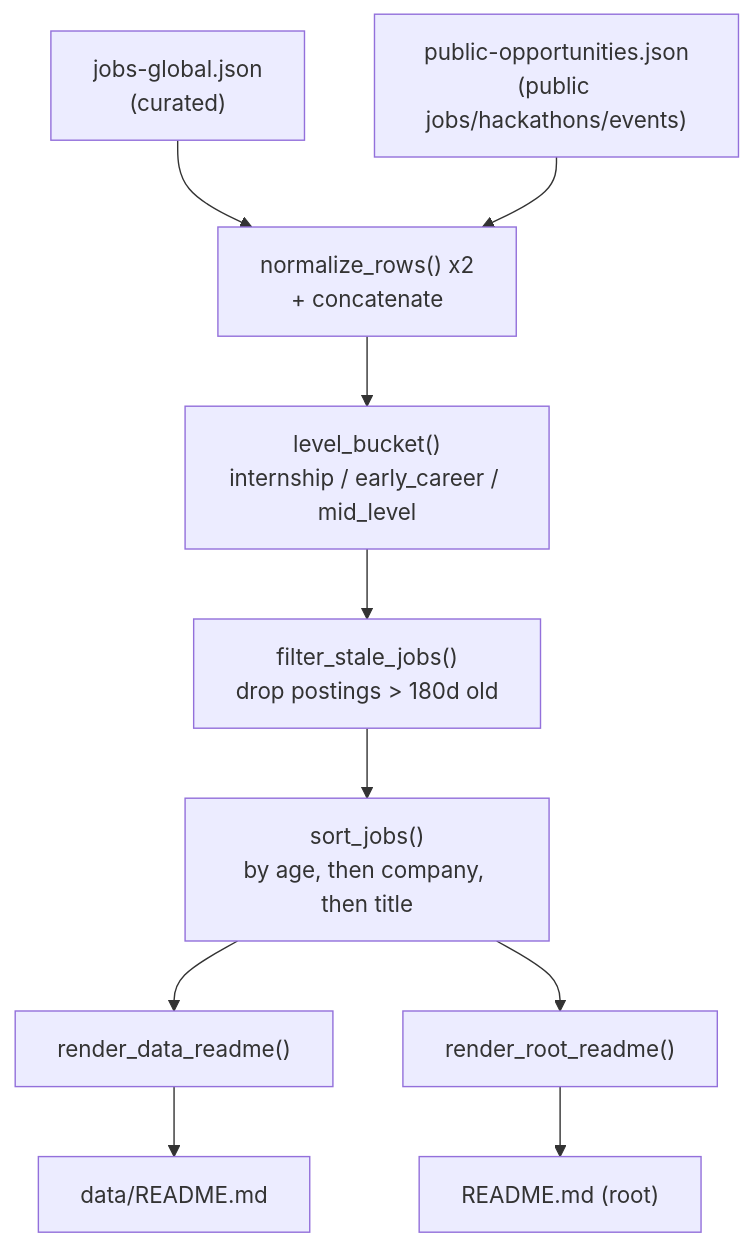
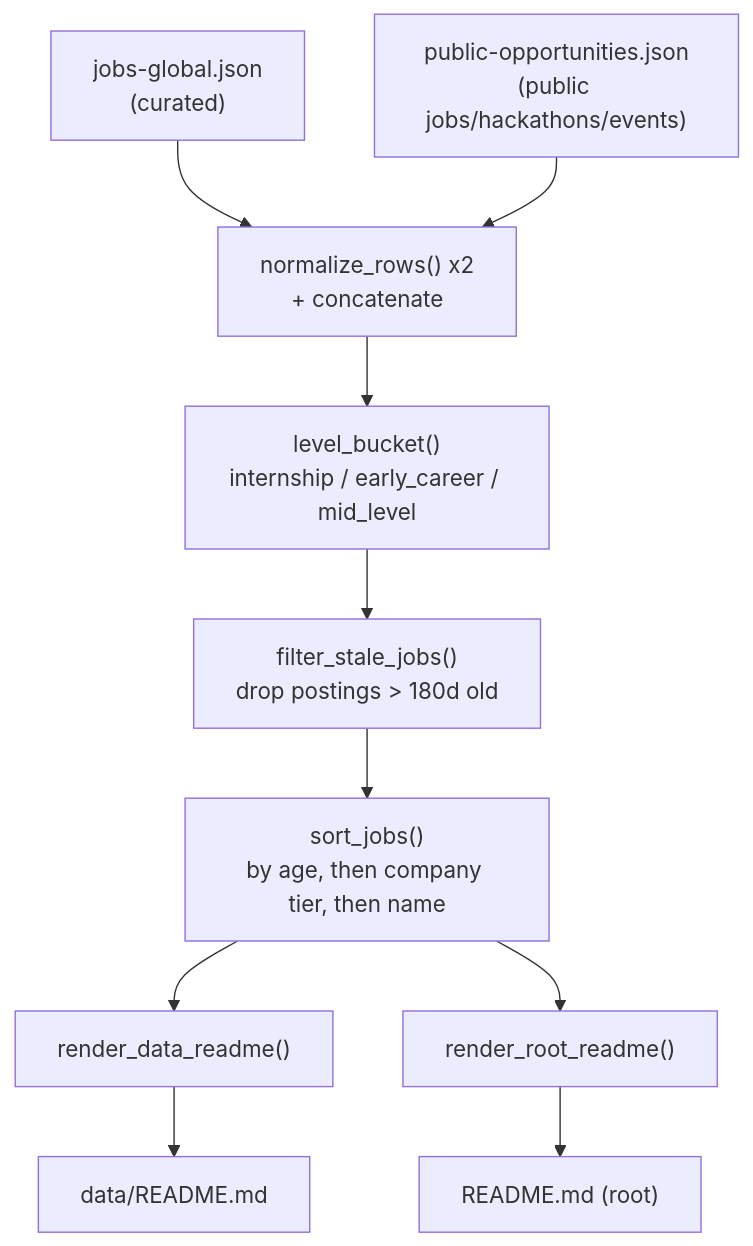
Before and after one commit to AhmedNassar7/tracker: the fourth of 4 diagrams in docs/FEATURES.md, drawn with Mermaid. The commit also changed other lines of this file and 11 other files, not shown here.

````diff
--- a/docs/FEATURES.md
+++ b/docs/FEATURES.md
@@ -135,12 +135,12 @@
 ```mermaid
 flowchart TD
     CJ["jobs-global.json\n(curated)"] --> Merge["normalize_rows() x2\n+ concatenate"]
     PJ["public-opportunities.json\n(public jobs/hackathons/events)"] --> Merge
     Merge --> Bucket["level_bucket()\ninternship / early_career / mid_level"]
     Bucket --> Stale["filter_stale_jobs()\ndrop postings > 180d old"]
-    Stale --> Sort["sort_jobs()\nby age, then company, then title"]
+    Stale --> Sort["sort_jobs()\nby age, then company tier, then name"]
     Sort --> Render1["render_data_readme()"]
     Sort --> Render2["render_root_readme()"]
     Render1 --> DataReadme["data/README.md"]
     Render2 --> RootReadme["README.md (root)"]
 ```
````
